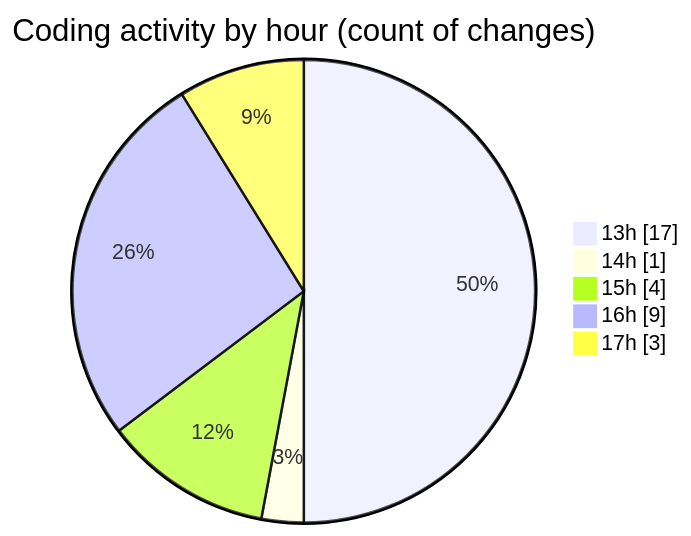
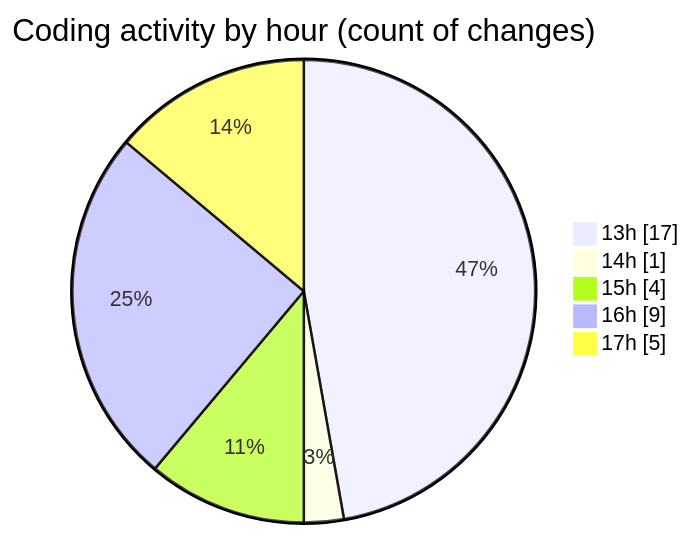
Before and after one commit to momahboobian/code-tracking: the second of 2 diagrams in 2026-10-23/cda/README.md, drawn with Mermaid. The commit also changed other lines of this file and 1 other file, not shown here.

````diff
--- a/2026-10-23/cda/README.md
+++ b/2026-10-23/cda/README.md
@@ -43,9 +43,9 @@
 ```mermaid
 pie showData
 title Coding activity by hour (count of changes)
 "13h" : 17
 "14h" : 1
 "15h" : 4
 "16h" : 9
-"17h" : 3
+"17h" : 5
 ```
````
